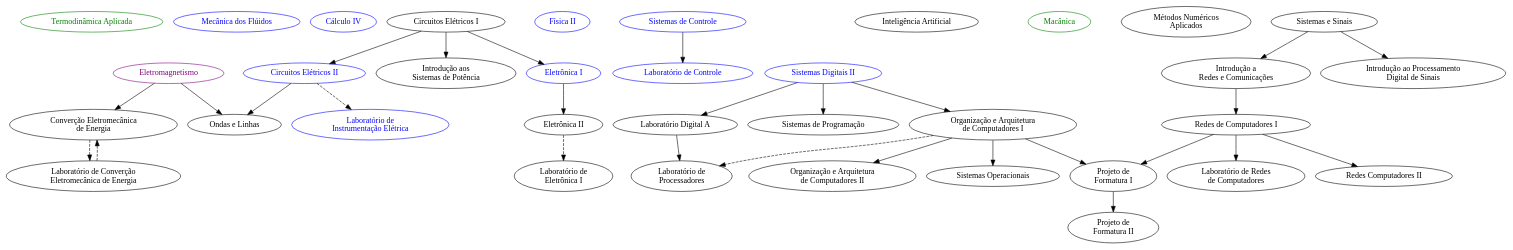
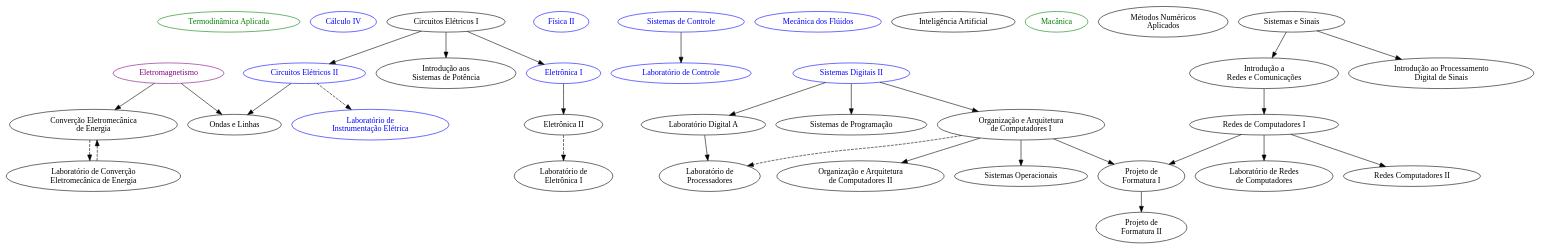
The diagram in materias/materias.gv (nmcardoso/poli), drawn with Graphviz before and after one commit. The commit also changed 1 other file, not shown here.

```diff
--- a/materias/materias.gv
+++ b/materias/materias.gv
@@ -1,98 +1,96 @@
 digraph g {
+	# 2021/02
   PME3344 [label="Termodinâmica Aplicada", color="green", fontcolor="green"];
-  PME3332 [label="Mecânica dos Flúidos", color="blue", fontcolor="blue"];
-
-
-	# 2021/02
 	MAT2456 [label="Cálculo IV", color="blue", fontcolor="blue"];
 	PSI3213 [label="Circuitos Elétricos II", color="blue", fontcolor="blue"];
 	PSI3214 [label="Laboratório de \n Instrumentação Elétrica", color="blue", fontcolor="blue"];
 	4323102 [label="Física II", color="blue", fontcolor="blue"];
 	PTC3313 [label="Sistemas de Controle", color="blue", fontcolor="blue"];
+  PME3332 [label="Mecânica dos Flúidos", color="blue", fontcolor="blue"];
 	PCS3438 [label="Inteligência Artificial"];
 	PME3100 [label="Macânica", color="green", fontcolor="green"];
 	
 	
 	# 2022/01
 	MAP3121 [label="Métodos Numéricos\n Aplicados"];
 
 
 	# 2021/01
 	PSI3211 [label="Circuitos Elétricos I"];
 	PTC3213 [label="Eletromagnetismo", color="purple", fontcolor="purple"];
 	PCS3225 [label="Sistemas Digitais II", color="blue", fontcolor="blue"];
 	
 	
 	# 2022/01
 	PEA3301 [label="Introdução aos\n Sistemas de Potência"];
 	PCS3412 [label="Organização e Arquitetura\n de Computadores I"];
 	PCS3335 [label="Laboratório Digital A"];
 	PSI3321 [label="Eletrônica I", color="blue", fontcolor="blue"];
 	PTC3307 [label="Sistemas e Sinais"];
 	PEA3306 [label="Converção Eletromecânica\n de Energia"];
 	PEA3311 [label="Laboratório de Converção\n Eletromecânica de Energia"];
 	
 	
 	# 2022/02
 	PSI3322 [label="Eletrônica II"];
 	PSI3323 [label="Laboratório de\n Eletrônica I"];
 	PTC3312 [label="Laboratório de Controle", color="blue", fontcolor="blue"];
 	PTC3314 [label="Ondas e Linhas"];
 	PTC3361 [label="Introdução ao Processamento\n Digital de Sinais"];
 	PTC3360 [label="Introdução a\n Redes e Comunicações"];
 	PCS3422 [label="Organização e Arquitetura\n de Computadores II"];
 	PCS3446 [label="Sistemas Operacionais"];
 	
 	
 	# 2023/01
 	PCS3216 [label="Sistemas de Programação"];
 	PCS3432 [label="Laboratório de\n Processadores"];
 	PCS3414 [label="Redes de Computadores I"];
 	PCS3434 [label="Laboratório de Redes\n de Computadores"];
 	PCS3550 [label="Projeto de\n Formatura I"];
 	#M1 [label="Módulo I"];
 	#M2 [label="Módulo II"];
 	#M3 [label="Módulo III"];
 	#PCS3567 [label="Estágio Supervisionado"];
 	
 	
 	# 2023/02
 	PCS3424 [label="Redes Computadores II"];
 	PCS3560 [label="Projeto de\n Formatura II"];
 	#M4 [label="Módulo IV"];
 	#M5 [label="Módulo V"];
 	#M6 [label="Módulo VI"];
 	#PCS3577 [label="Estágio Supervisionado II"];
 	
 	
 	
 	PSI3211 -> {PSI3213};
 	PSI3213 -> PSI3214 [style="dashed"];
 	
 	PCS3225 -> PCS3412;
 	PCS3225 -> PCS3335;
 	PSI3211 -> PSI3321;
 	PTC3213 -> PEA3306;
 	PEA3311 -> PEA3306 [style="dashed"];
 	PEA3306 -> PEA3311 [style="dashed"];
 	
 	PSI3211 -> PEA3301;
 	PSI3321 -> PSI3322;
 	PSI3322 -> PSI3323[style="dashed"];
 	PTC3313 -> PTC3312;
 	{PSI3213, PTC3213} -> PTC3314;
 	PTC3307 -> PTC3361;
 	PTC3307 -> PTC3360;
 	PCS3412 -> PCS3422;
 	PCS3412 -> PCS3446;
 	
 	PCS3225 -> PCS3216;
 	PCS3335 -> PCS3432;
 	PCS3412 -> PCS3432 [style="dashed"];
 	PTC3360 -> PCS3414;
 	PCS3414 -> PCS3434;
 	{PCS3414, PCS3412} -> PCS3550;
 	
 	PCS3414 -> PCS3424;
 	PCS3550 -> PCS3560;
 }
```
